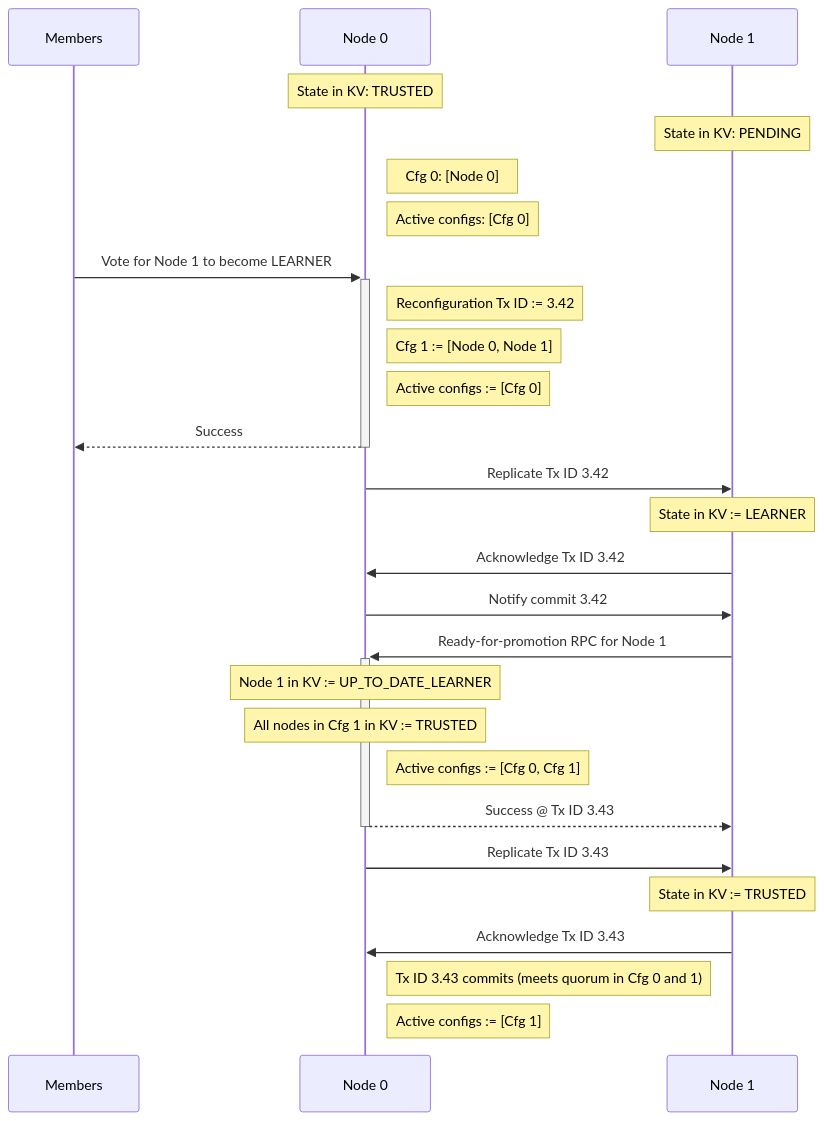
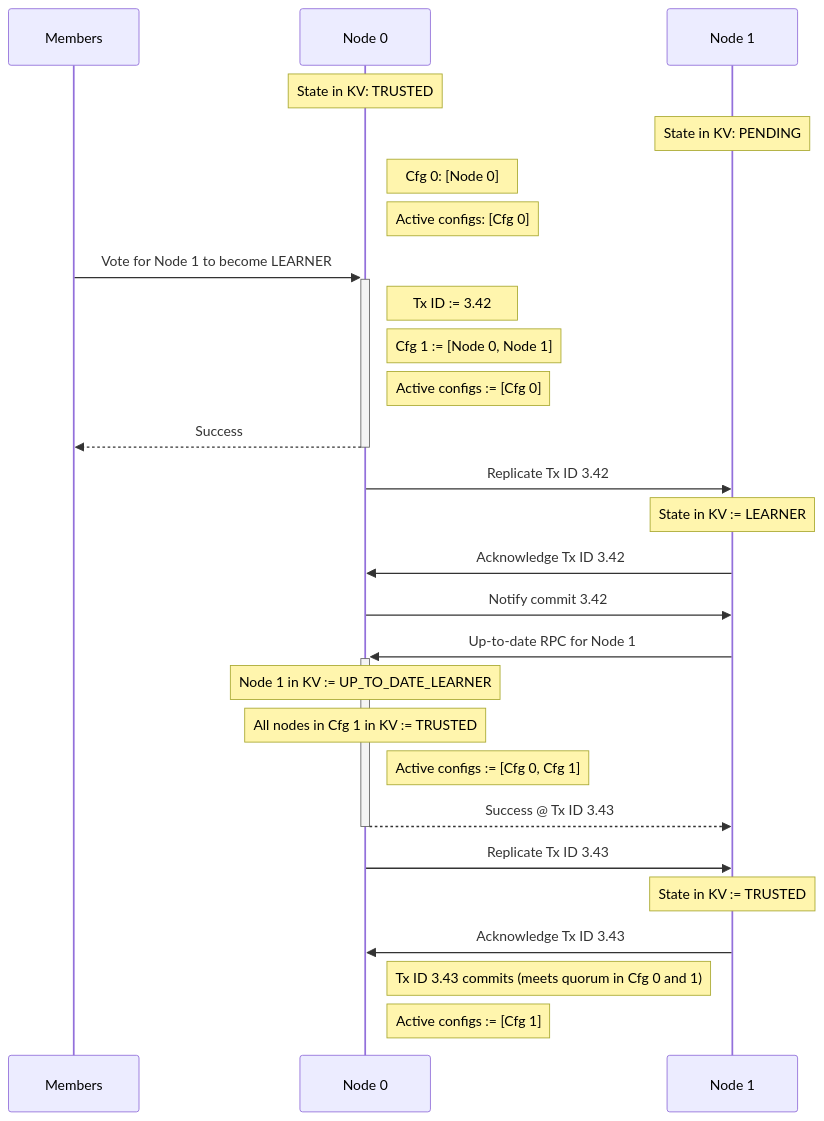
One commit to microsoft/CCF changed the third of 7 diagrams in doc/overview/consensus.rst. Above: the diagram before and after it, drawn with Mermaid. The commit also changed other lines of this file, not shown here.

Commit message:
Add 2-tx 2-node join diagram

```diff
--- a/doc/overview/consensus.rst
+++ b/doc/overview/consensus.rst
@@ -141,40 +141,40 @@
 .. mermaid::
 
     sequenceDiagram
         participant Members
         participant Node 0
         participant Node 1
 
         Note over Node 0: State in KV: TRUSTED
         Note over Node 1: State in KV: PENDING
 
         Note right of Node 0: Cfg 0: [Node 0]
         Note right of Node 0: Active configs: [Cfg 0]
 
         Members->>+Node 0: Vote for Node 1 to become LEARNER
 
-        Note right of Node 0: Reconfiguration Tx ID := 3.42
+        Note right of Node 0: Tx ID := 3.42
         Note right of Node 0: Cfg 1 := [Node 0, Node 1]
         Note right of Node 0: Active configs := [Cfg 0]
         Node 0-->>-Members: Success
 
 
         Node 0->>Node 1: Replicate Tx ID 3.42
         Note over Node 1: State in KV := LEARNER
         Node 1->>Node 0: Acknowledge Tx ID 3.42
 
         Node 0->>Node 1: Notify commit 3.42
         
-        Node 1->>+Node 0: Ready-for-promotion RPC for Node 1
+        Node 1->>+Node 0: Up-to-date RPC for Node 1
         Note over Node 0: Node 1 in KV := UP_TO_DATE_LEARNER
         Note over Node 0: All nodes in Cfg 1 in KV := TRUSTED
         Note right of Node 0: Active configs := [Cfg 0, Cfg 1]
         Node 0-->>-Node 1: Success @ Tx ID 3.43
 
         Node 0->>Node 1: Replicate Tx ID 3.43
         Note over Node 1: State in KV := TRUSTED
         Node 1->>Node 0: Acknowledge Tx ID 3.43
 
 
         Note right of Node 0: Tx ID 3.43 commits (meets quorum in Cfg 0 and 1)
         Note right of Node 0: Active configs := [Cfg 1]
```
